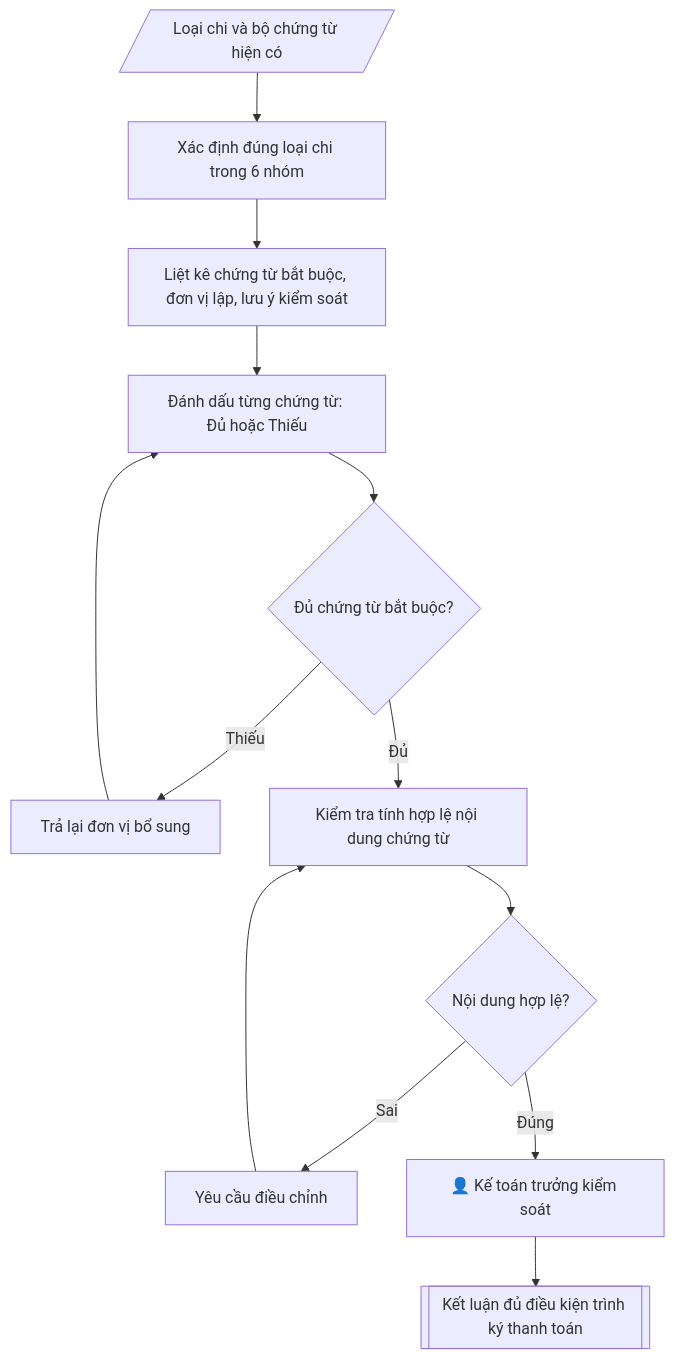
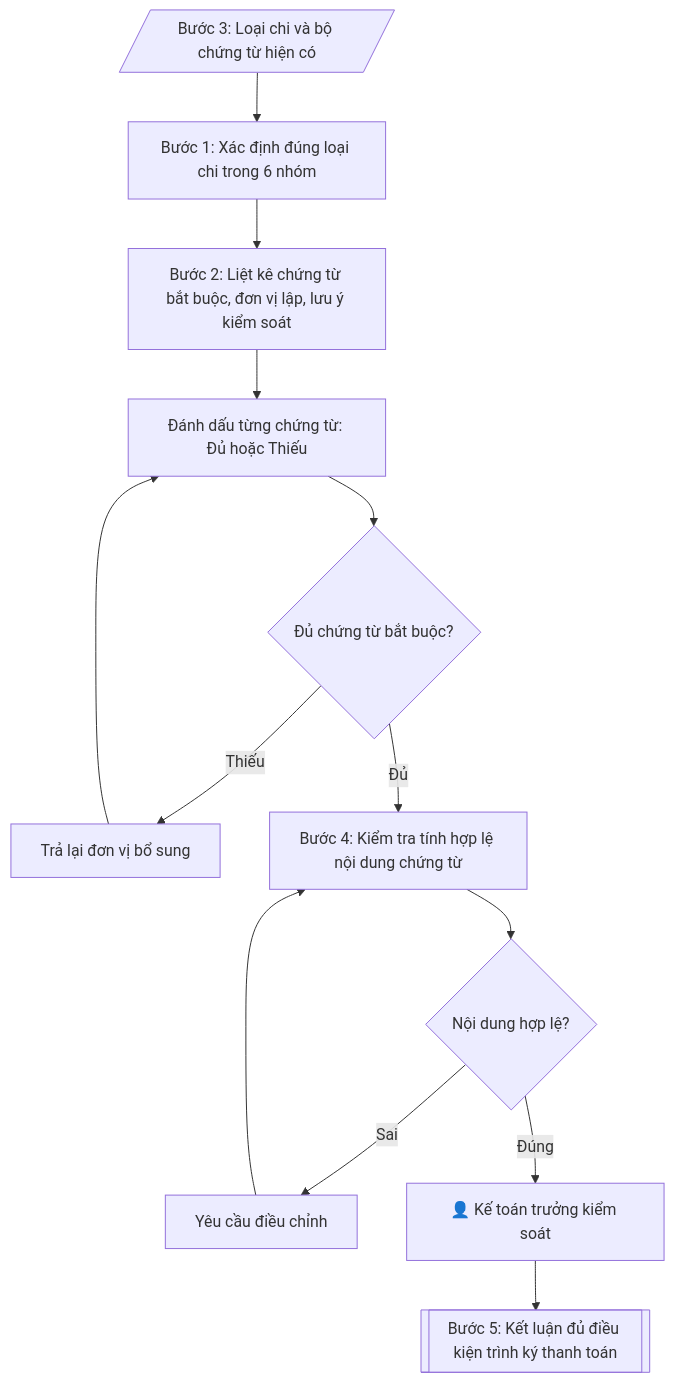
Before and after one commit to phamtruong91/dh-skills: the diagram in skills/checklist-chung-tu-thanh-toan/SKILL.md, drawn with Mermaid. The commit also changed 124 other files, not shown here.

First line of the commit message:
Khôi phục quy trình đầy đủ cho 58 skill bị rút gọn (nghiệp vụ gốc + ràng buộc pháp lý từ phap-ly.md)

````diff
--- a/skills/checklist-chung-tu-thanh-toan/SKILL.md
+++ b/skills/checklist-chung-tu-thanh-toan/SKILL.md
@@ -166,15 +166,15 @@
 ```mermaid
 flowchart TD
-    A[/"Loại chi và bộ chứng từ hiện có"/] --> B["Xác định đúng loại chi trong 6 nhóm"]
-    B --> C["Liệt kê chứng từ bắt buộc, đơn vị lập, lưu ý kiểm soát"]
+    A[/"Bước 3: Loại chi và bộ chứng từ hiện có"/] --> B["Bước 1: Xác định đúng loại chi trong 6 nhóm"]
+    B --> C["Bước 2: Liệt kê chứng từ bắt buộc, đơn vị lập, lưu ý kiểm soát"]
     C --> D["Đánh dấu từng chứng từ: Đủ hoặc Thiếu"]
     D --> E{"Đủ chứng từ bắt buộc?"}
     E -->|Thiếu| F["Trả lại đơn vị bổ sung"]
     F --> D
-    E -->|Đủ| G["Kiểm tra tính hợp lệ nội dung chứng từ"]
+    E -->|Đủ| G["Bước 4: Kiểm tra tính hợp lệ nội dung chứng từ"]
     G --> H{"Nội dung hợp lệ?"}
     H -->|Sai| I["Yêu cầu điều chỉnh"]
     I --> G
     H -->|Đúng| HG["👤 Kế toán trưởng kiểm soát"]
-    HG --> J[["Kết luận đủ điều kiện trình ký thanh toán"]]
+    HG --> J[["Bước 5: Kết luận đủ điều kiện trình ký thanh toán"]]
 ```
````
